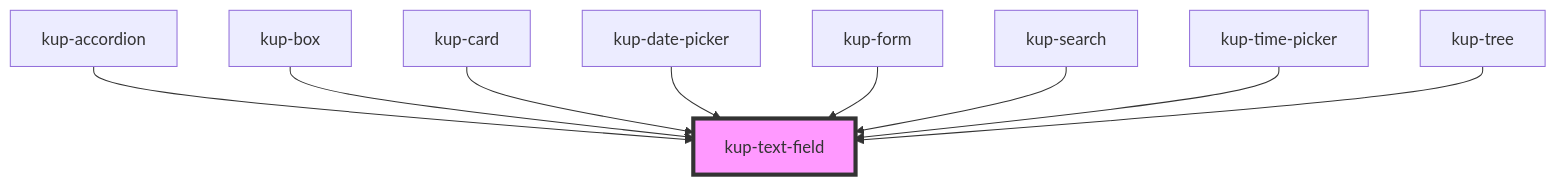
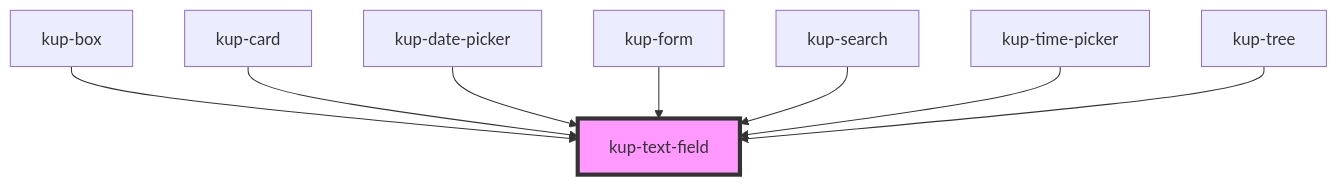
One commit to smeup/ketchup changed the diagram in packages/ketchup/src/components/kup-text-field/readme.md. Above: the diagram before and after it, drawn with Mermaid. The commit also changed other lines of this file and 8 other files, not shown here.

Commit message:
kup-accordion: refactoring to simplify the component and to allow slots.

````diff
--- a/packages/ketchup/src/components/kup-text-field/readme.md
+++ b/packages/ketchup/src/components/kup-text-field/readme.md
@@ -138,12 +137,11 @@
 ```mermaid
 graph TD;
-  kup-accordion --> kup-text-field
   kup-box --> kup-text-field
   kup-card --> kup-text-field
   kup-date-picker --> kup-text-field
   kup-form --> kup-text-field
   kup-search --> kup-text-field
   kup-time-picker --> kup-text-field
   kup-tree --> kup-text-field
   style kup-text-field fill:#f9f,stroke:#333,stroke-width:4px
 ```
````
